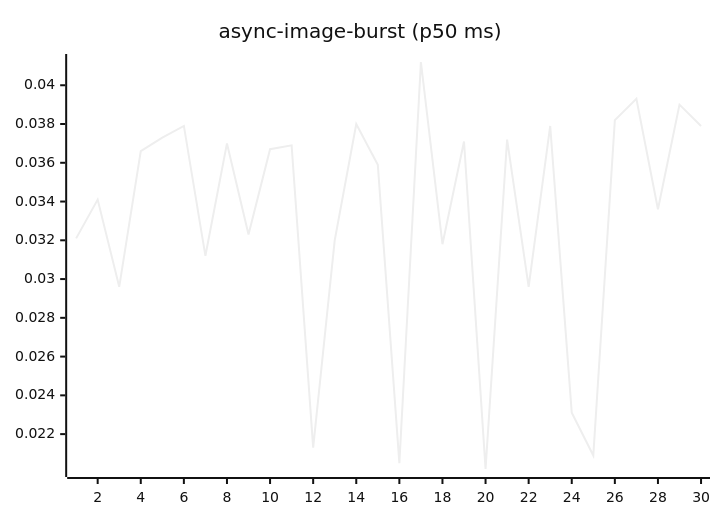
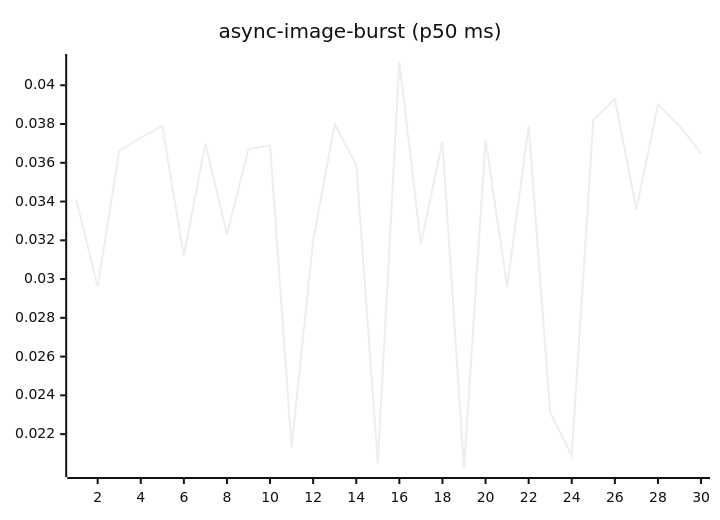
One commit to josha/Facet changed the fourth of 27 diagrams in README.md. Above: the diagram before and after it, drawn with Mermaid (neutral theme). The commit also changed other lines of this file and 2 other files, not shown here.

````diff
--- a/README.md
+++ b/README.md
@@ -84,6 +84,6 @@
 ```mermaid
 xychart-beta
     title "async-image-burst (p50 ms)"
     x-axis 1 --> 30
-    line [0.0321, 0.0341, 0.0296, 0.0366, 0.0373, 0.0379, 0.0312, 0.0370, 0.0323, 0.0367, 0.0369, 0.0213, 0.0320, 0.0380, 0.0359, 0.0205, 0.0412, 0.0318, 0.0371, 0.0202, 0.0372, 0.0296, 0.0379, 0.0231, 0.0209, 0.0382, 0.0393, 0.0336, 0.0390, 0.0379]
+    line [0.0341, 0.0296, 0.0366, 0.0373, 0.0379, 0.0312, 0.0370, 0.0323, 0.0367, 0.0369, 0.0213, 0.0320, 0.0380, 0.0359, 0.0205, 0.0412, 0.0318, 0.0371, 0.0202, 0.0372, 0.0296, 0.0379, 0.0231, 0.0209, 0.0382, 0.0393, 0.0336, 0.0390, 0.0379, 0.0365]
 ```
````
